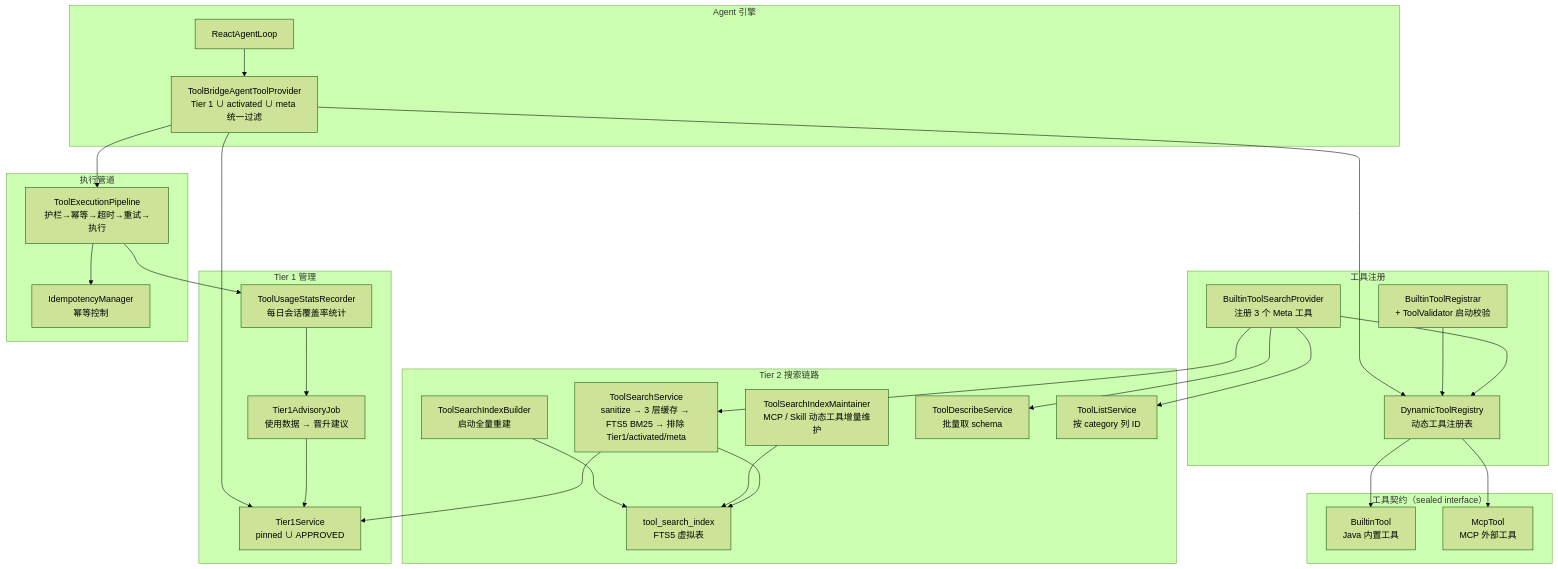
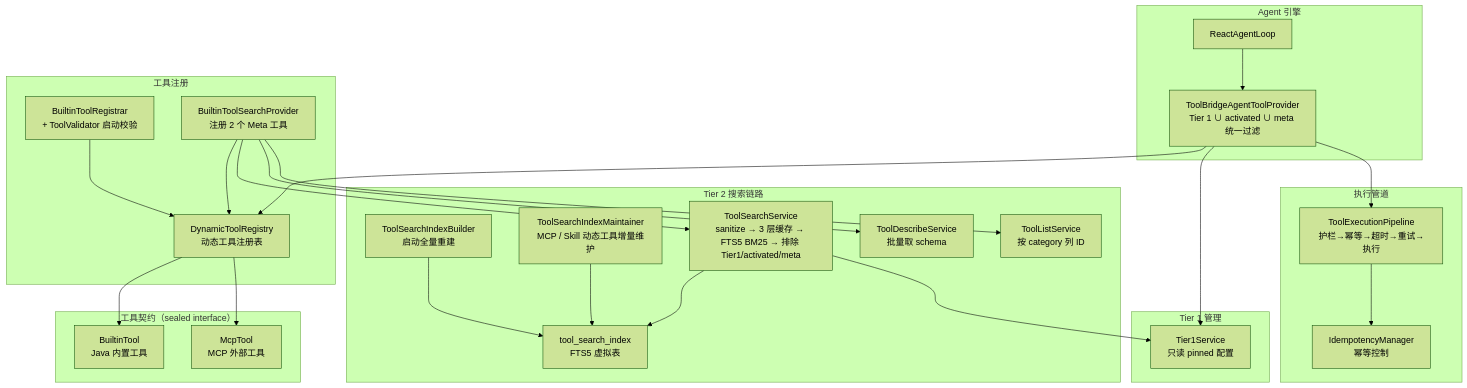
The first of 3 diagrams in docs/architecture/tool-ecosystem.md (ntygod/LifePilot), drawn with Mermaid (forest theme) before and after one commit. The commit also changed other lines of this file and 170 other files, not shown here.

````diff
--- a/docs/architecture/tool-ecosystem.md
+++ b/docs/architecture/tool-ecosystem.md
@@ -25,57 +27,52 @@
 ```mermaid
 graph TB
     subgraph "Agent 引擎"
         AGENT["ReactAgentLoop"]
         BRIDGE["ToolBridgeAgentToolProvider<br/>Tier 1 ∪ activated ∪ meta 统一过滤"]
     end
 
     subgraph "工具注册"
         REG["DynamicToolRegistry<br/>动态工具注册表"]
         BUILTIN_REG["BuiltinToolRegistrar<br/>+ ToolValidator 启动校验"]
-        META_REG["BuiltinToolSearchProvider<br/>注册 3 个 Meta 工具"]
+        META_REG["BuiltinToolSearchProvider<br/>注册 2 个 Meta 工具"]
     end
 
     subgraph "工具契约（sealed interface）"
         BUILTIN["BuiltinTool<br/>Java 内置工具"]
         MCP_TOOL["McpTool<br/>MCP 外部工具"]
     end
 
     subgraph "Tier 1 管理"
-        TIER1_SVC["Tier1Service<br/>pinned ∪ APPROVED"]
-        ADVISORY["Tier1AdvisoryJob<br/>使用数据 → 晋升建议"]
-        USAGE["ToolUsageStatsRecorder<br/>每日会话覆盖率统计"]
+        TIER1_SVC["Tier1Service<br/>只读 pinned 配置"]
     end
 
     subgraph "Tier 2 搜索链路"
         INDEX_BUILD["ToolSearchIndexBuilder<br/>启动全量重建"]
         INDEX_MAINT["ToolSearchIndexMaintainer<br/>MCP / Skill 动态工具增量维护"]
         SEARCH_SVC["ToolSearchService<br/>sanitize → 3 层缓存 → FTS5 BM25 → 排除 Tier1/activated/meta"]
         DESCRIBE_SVC["ToolDescribeService<br/>批量取 schema"]
         LIST_SVC["ToolListService<br/>按 category 列 ID"]
         FTS["tool_search_index<br/>FTS5 虚拟表"]
     end
 
     subgraph "执行管道"
         PIPE["ToolExecutionPipeline<br/>护栏→幂等→超时→重试→执行"]
         IDEM["IdempotencyManager<br/>幂等控制"]
     end
 
     AGENT --> BRIDGE --> REG
     BRIDGE --> TIER1_SVC
     BUILTIN_REG --> REG
     META_REG --> REG
     REG --> BUILTIN
     REG --> MCP_TOOL
     BRIDGE --> PIPE
     PIPE --> IDEM
-    PIPE --> USAGE
-    USAGE --> ADVISORY
-    ADVISORY --> TIER1_SVC
     INDEX_BUILD --> FTS
     INDEX_MAINT --> FTS
     SEARCH_SVC --> FTS
     SEARCH_SVC --> TIER1_SVC
     META_REG --> SEARCH_SVC
     META_REG --> DESCRIBE_SVC
     META_REG --> LIST_SVC
 ```
````
